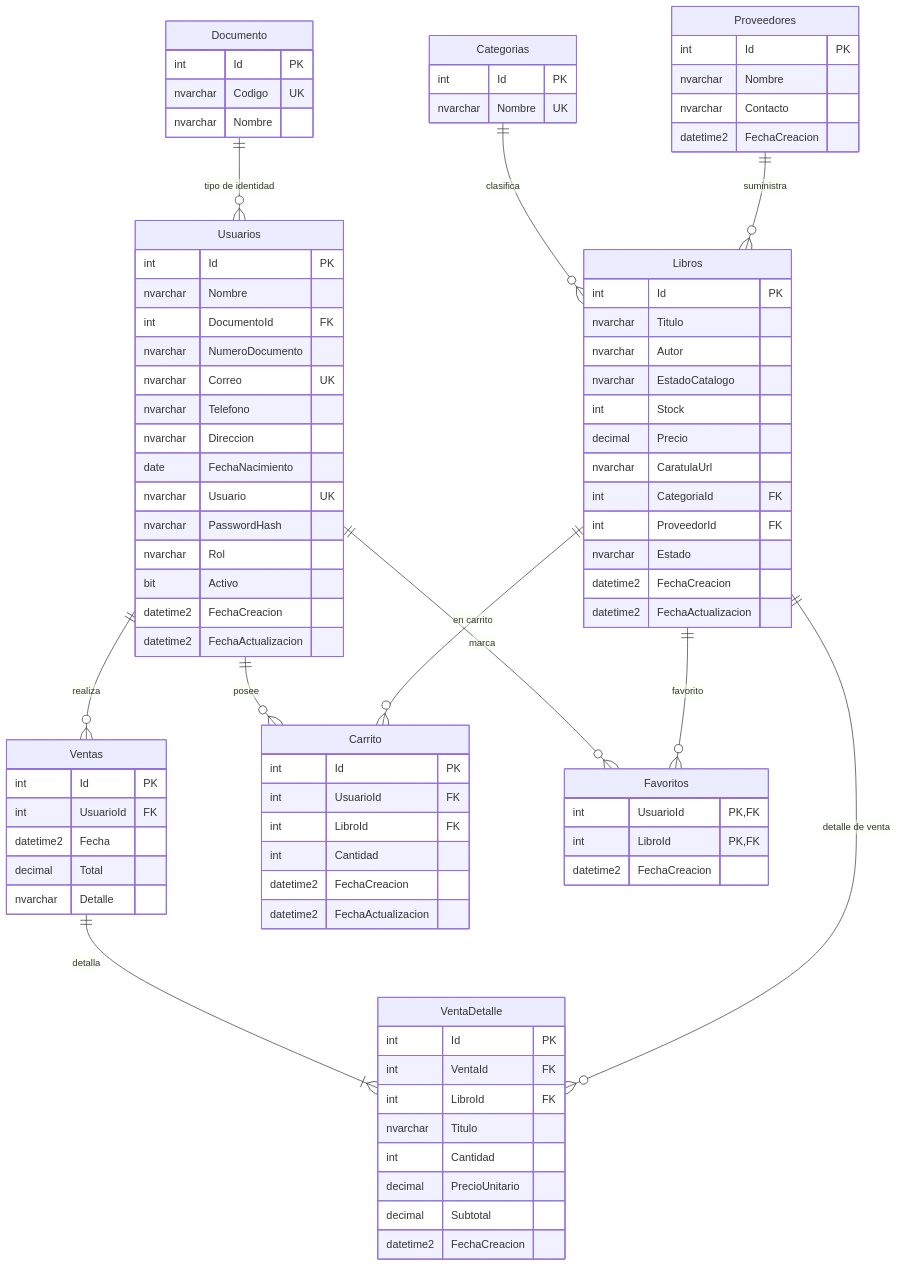
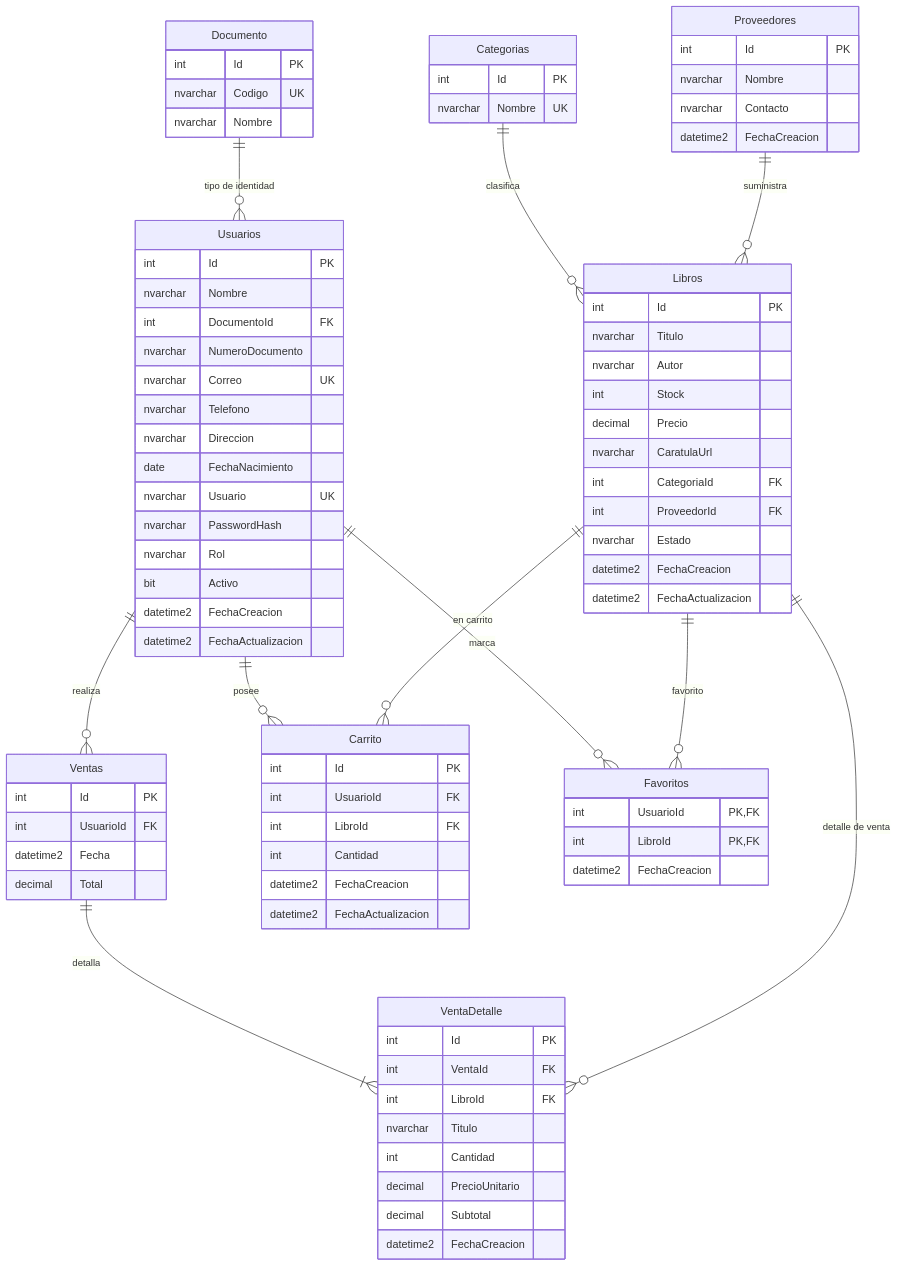
The second of 2 diagrams in README.md (val3-10/Libreria-web), drawn with Mermaid before and after one commit. The commit also changed other lines of this file, not shown here.

```diff
--- a/README.md
+++ b/README.md
@@ -120,7 +115,6 @@
     int Id PK
     nvarchar Titulo
     nvarchar Autor
-    nvarchar EstadoCatalogo
     int Stock
     decimal Precio
     nvarchar CaratulaUrl
@@ -136,7 +130,6 @@
     int UsuarioId FK
     datetime2 Fecha
     decimal Total
-    nvarchar Detalle
   }
 
   VentaDetalle {
```
